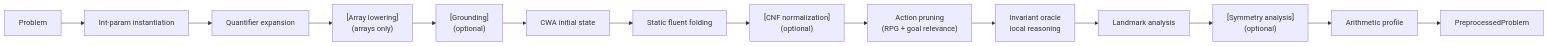
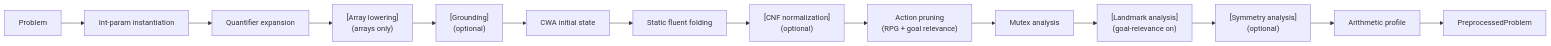
One commit to pyPMT/RanTanPlan changed the first of 3 diagrams in developer-docs/preprocessing-and-strategy.md. Above: the diagram before and after it, drawn with Mermaid. The commit also changed other lines of this file and 32 other files, not shown here.

````diff
--- a/developer-docs/preprocessing-and-strategy.md
+++ b/developer-docs/preprocessing-and-strategy.md
@@ -43,16 +43,16 @@
 ```mermaid
 flowchart LR
     P[Problem] --> IP[Int-param instantiation]
     IP --> QE[Quantifier expansion]
     QE --> AL["[Array lowering]<br/>(arrays only)"]
     AL --> A["[Grounding]<br/>(optional)"]
     A --> B[CWA initial state]
     B --> C[Static fluent folding]
     C --> CN["[CNF normalization]<br/>(optional)"]
     CN --> D["Action pruning<br/>(RPG + goal relevance)"]
-    D --> E[Invariant oracle<br/>local reasoning]
-    E --> L[Landmark analysis]
+    D --> E[Mutex analysis]
+    E --> L["[Landmark analysis]<br/>(goal-relevance on)"]
     L --> F["[Symmetry analysis]<br/>(optional)"]
     F --> G[Arithmetic profile]
     G --> PP[PreprocessedProblem]
 ```
````
